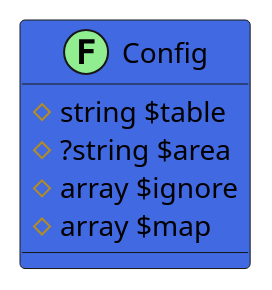
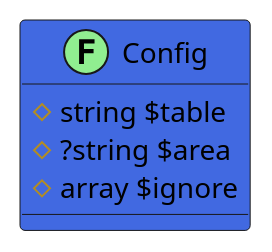
One commit to joomengine/jcb-packager changed the diagram in src/ce01482d-9157-461e-8da3-3eae728cc71e/README.md. Above: the diagram before and after it, drawn with PlantUML. The commit also changed other lines of this file and 498 other files, not shown here.

````diff
--- a/src/ce01482d-9157-461e-8da3-3eae728cc71e/README.md
+++ b/src/ce01482d-9157-461e-8da3-3eae728cc71e/README.md
@@ -13,11 +6,11 @@
 ```uml
 @startuml
+
 class Config << (F,LightGreen) >> #RoyalBlue {
   # string $table
   # ?string $area
   # array $ignore
-  # array $map
 }
- 
+
 @enduml
 ```
````
